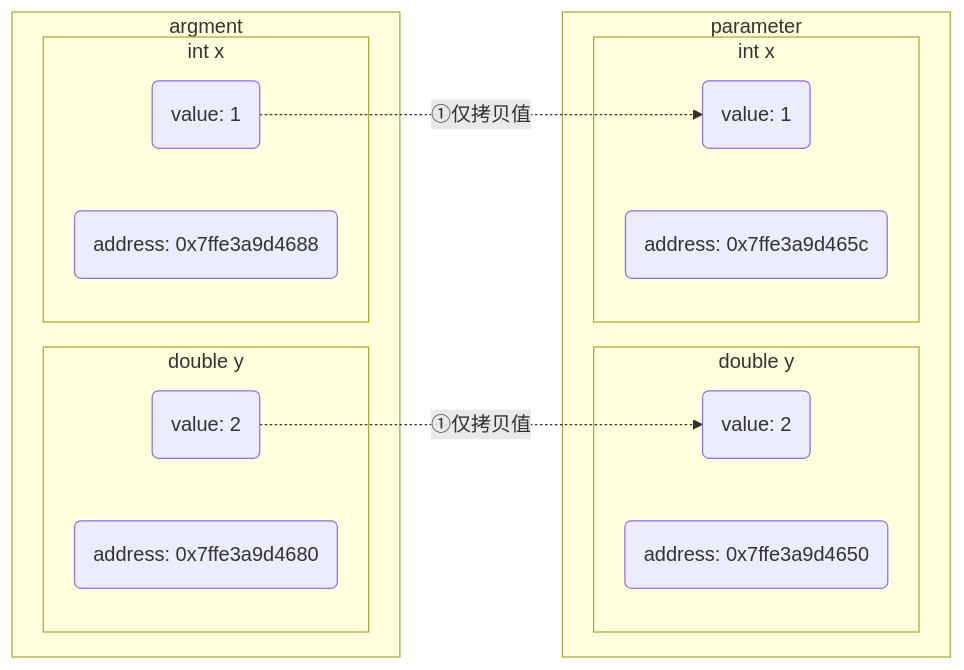
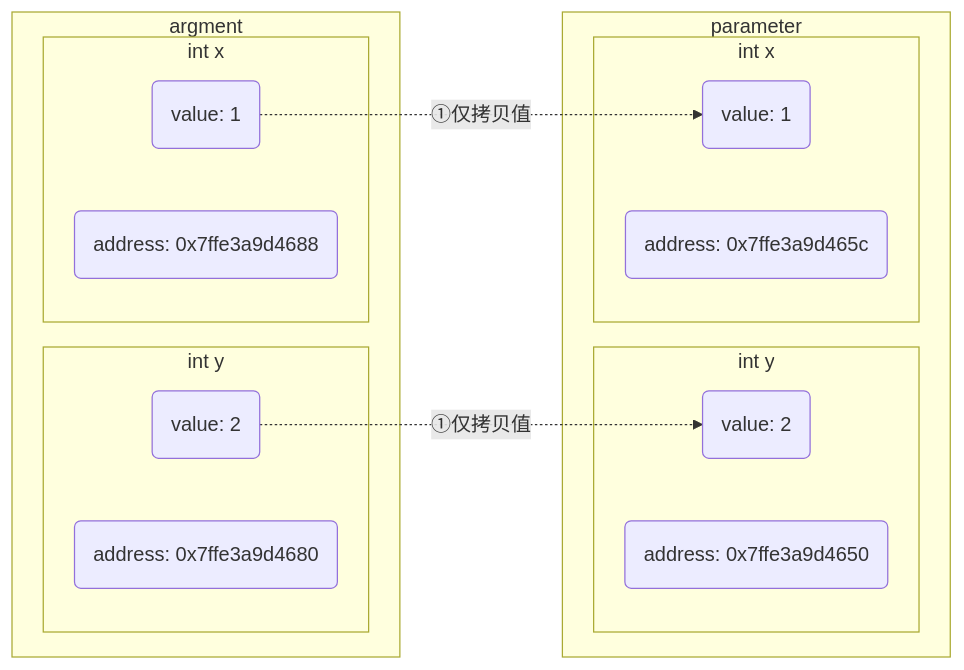
The second of 4 diagrams in _posts/c_c++/2024-12-23-函数.md (dmjcb/dmjcb.github.io), drawn with Mermaid before and after one commit. The commit also changed other lines of this file and 22 other files, not shown here.

````diff
--- a/_posts/c_c++/2024-12-23-函数.md
+++ b/_posts/c_c++/2024-12-23-函数.md
@@ -134,25 +179,26 @@
 ```mermaid
 graph LR;
     subgraph parameter
-        subgraph double y
+        subgraph int y
             V3(value: 2)
             A4(address: 0x7ffe3a9d4650)
         end
         subgraph int x
             V2(value: 1)
             A2(address: 0x7ffe3a9d465c)
         end
     end
     subgraph argment
-        subgraph double y
+        subgraph int y
             V1(value: 2)
             A1(address: 0x7ffe3a9d4680)
         end
         subgraph int x
             V(value: 1)
             A(address: 0x7ffe3a9d4688)
         end
     end
+
     V-.①仅拷贝值.->V2
     V1-.①仅拷贝值.->V3
 ```
````
